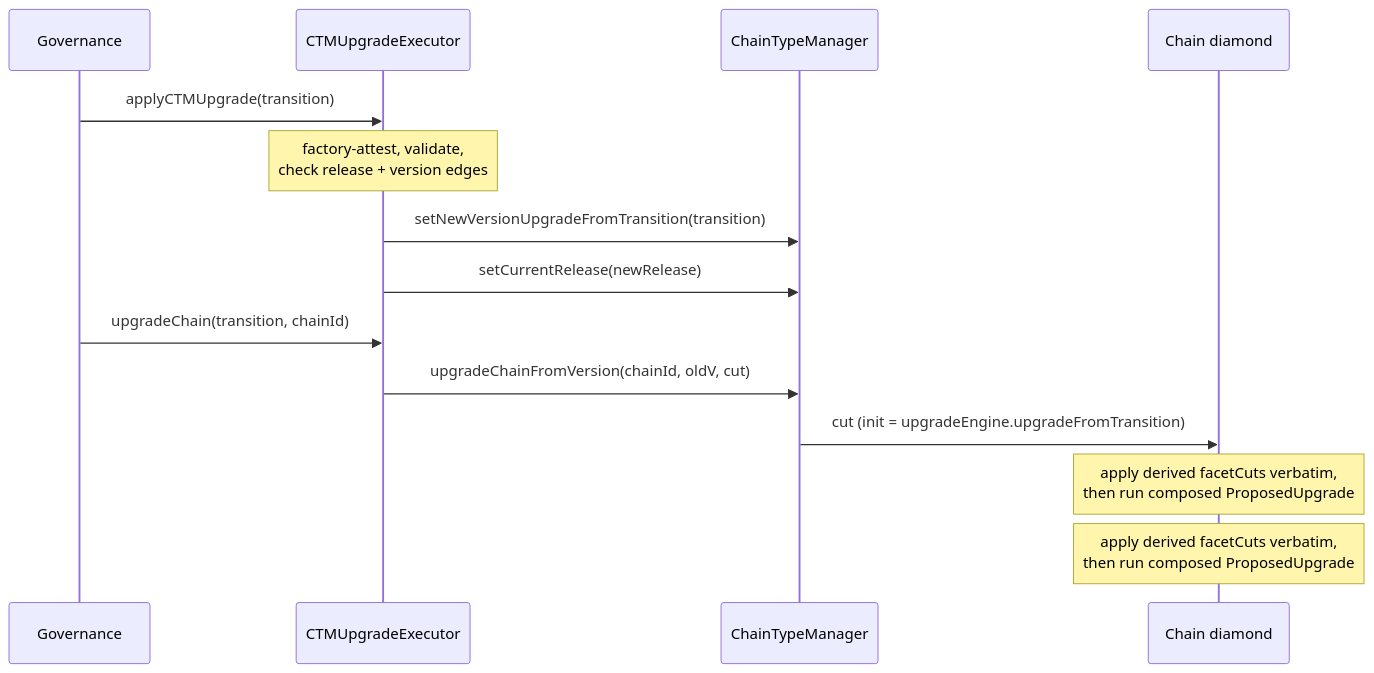
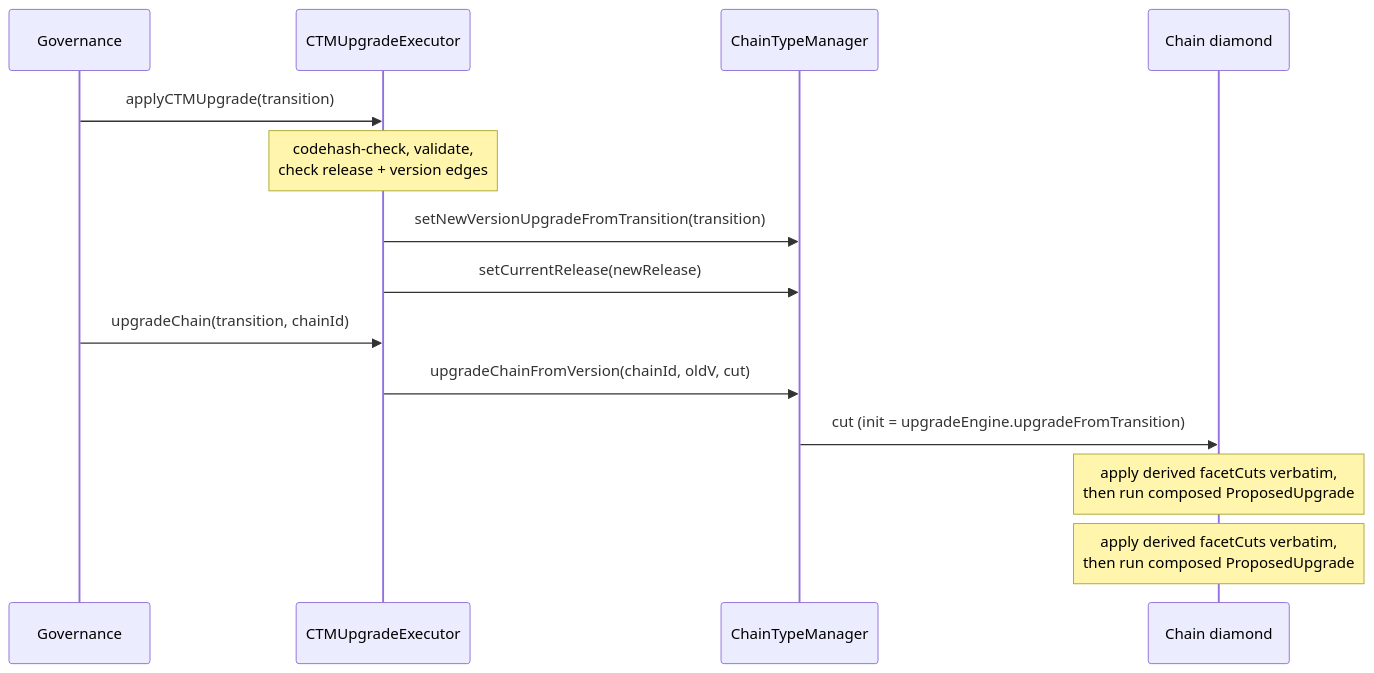
One commit to matter-labs/era-contracts changed the third of 3 diagrams in docs/registry-driven-upgrades.md. Above: the diagram before and after it, drawn with Mermaid. The commit also changed other lines of this file and 1 other file, not shown here.

````diff
--- a/docs/registry-driven-upgrades.md
+++ b/docs/registry-driven-upgrades.md
@@ -225,17 +216,17 @@
 ```mermaid
 sequenceDiagram
     participant G as Governance
     participant E as CTMUpgradeExecutor
     participant C as ChainTypeManager
     participant D as Chain diamond
 
     G->>E: applyCTMUpgrade(transition)
-    Note over E: factory-attest, validate,<br/>check release + version edges
+    Note over E: codehash-check, validate,<br/>check release + version edges
     E->>C: setNewVersionUpgradeFromTransition(transition)
     E->>C: setCurrentRelease(newRelease)
     G->>E: upgradeChain(transition, chainId)
     E->>C: upgradeChainFromVersion(chainId, oldV, cut)
     C->>D: cut (init = upgradeEngine.upgradeFromTransition)
     Note over D: apply derived facetCuts verbatim,<br/>then run composed ProposedUpgrade
     Note over D: apply derived facetCuts verbatim,<br/>then run composed ProposedUpgrade
 ```
````
